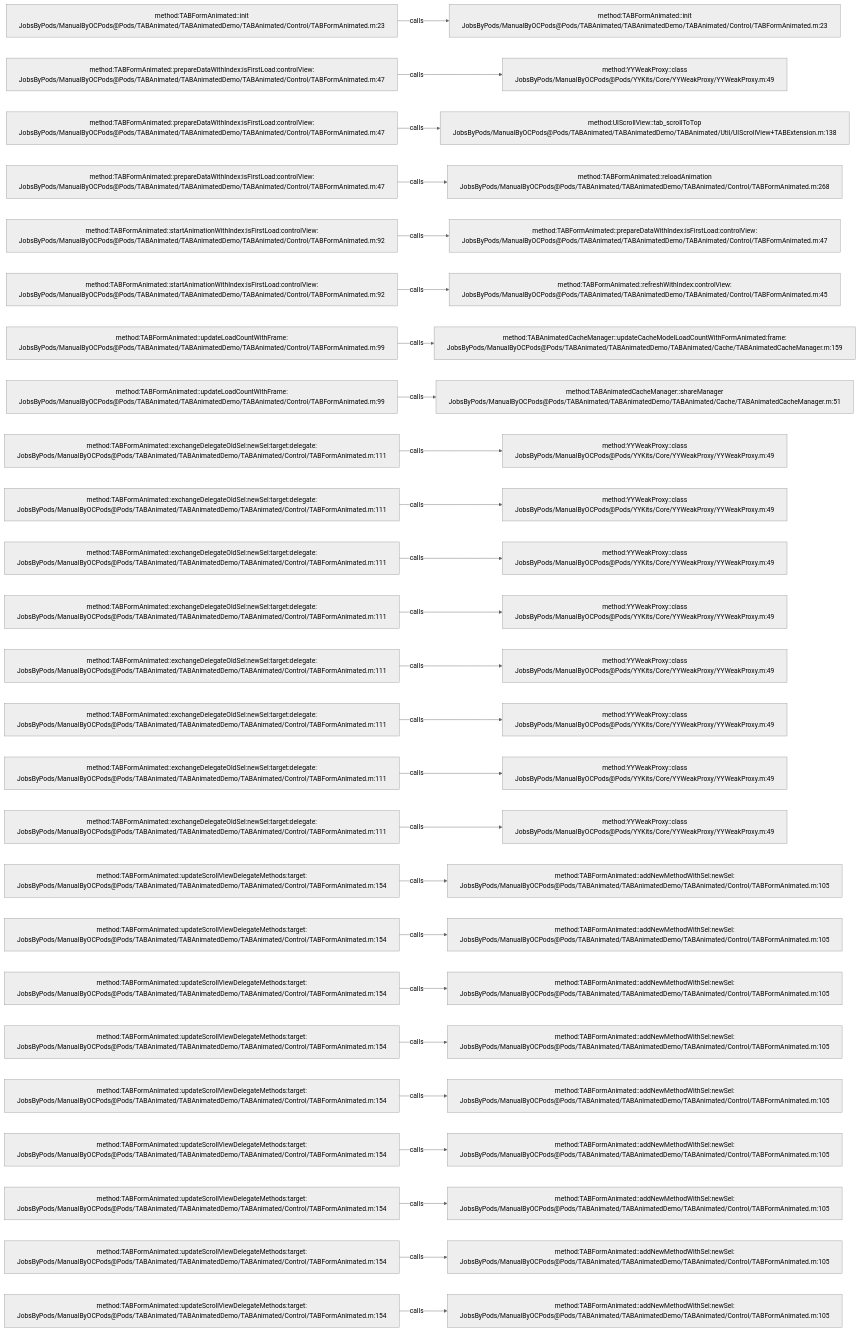
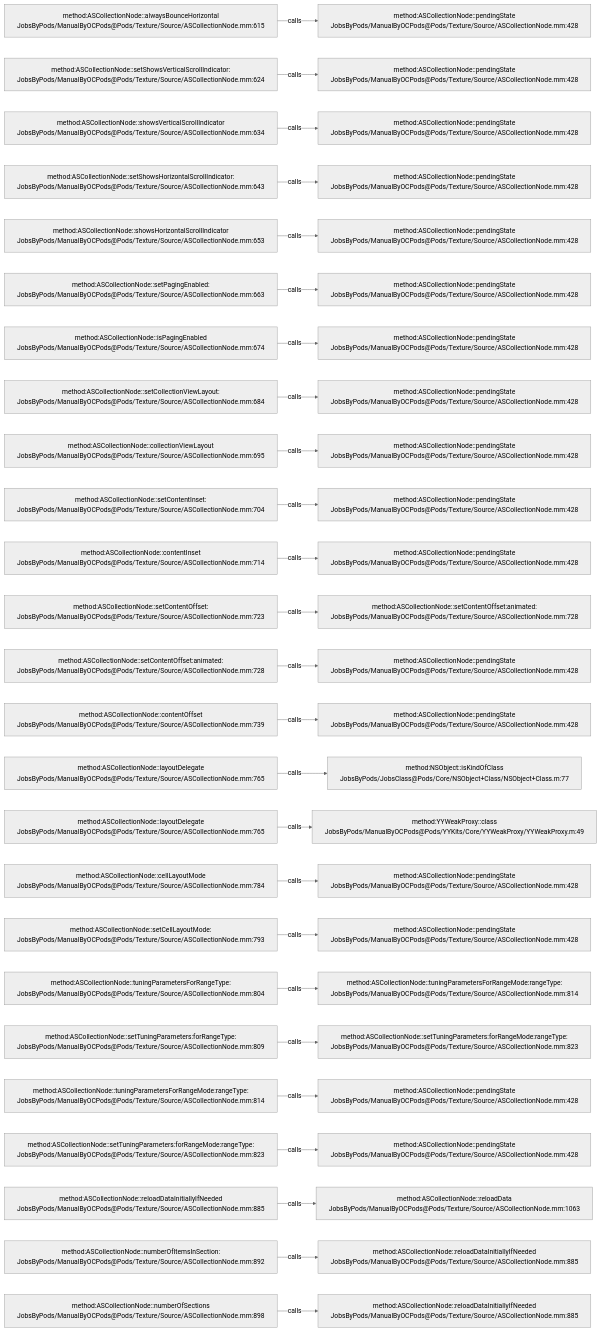
One commit to JobsKits/JobsOCBaseConfigDemo changed the diagram in .codegraph/codegraph.md/graphs/calls-187.md. Above: the diagram before and after it, drawn with Mermaid (neutral theme). The commit also changed 573 other files, not shown here.

````diff
--- a/.codegraph/codegraph.md/graphs/calls-187.md
+++ b/.codegraph/codegraph.md/graphs/calls-187.md
@@ -13,78 +13,78 @@
 ```mermaid
 flowchart LR
-  S1["method:TABFormAnimated::init<br/>JobsByPods/ManualByOCPods@Pods/TABAnimated/TABAnimatedDemo/TABAnimated/Control/TABFormAnimated.m:23"]
-  T1["method:TABFormAnimated::init<br/>JobsByPods/ManualByOCPods@Pods/TABAnimated/TABAnimatedDemo/TABAnimated/Control/TABFormAnimated.m:23"]
+  S1["method:ASCollectionNode::alwaysBounceHorizontal<br/>JobsByPods/ManualByOCPods@Pods/Texture/Source/ASCollectionNode.mm:615"]
+  T1["method:ASCollectionNode::pendingState<br/>JobsByPods/ManualByOCPods@Pods/Texture/Source/ASCollectionNode.mm:428"]
   S1 -->|calls| T1
-  S2["method:TABFormAnimated::prepareDataWithIndex:isFirstLoad:controlView:<br/>JobsByPods/ManualByOCPods@Pods/TABAnimated/TABAnimatedDemo/TABAnimated/Control/TABFormAnimated.m:47"]
-  T2["method:YYWeakProxy::class<br/>JobsByPods/ManualByOCPods@Pods/YYKits/Core/YYWeakProxy/YYWeakProxy.m:49"]
+  S2["method:ASCollectionNode::setShowsVerticalScrollIndicator:<br/>JobsByPods/ManualByOCPods@Pods/Texture/Source/ASCollectionNode.mm:624"]
+  T2["method:ASCollectionNode::pendingState<br/>JobsByPods/ManualByOCPods@Pods/Texture/Source/ASCollectionNode.mm:428"]
   S2 -->|calls| T2
-  S3["method:TABFormAnimated::prepareDataWithIndex:isFirstLoad:controlView:<br/>JobsByPods/ManualByOCPods@Pods/TABAnimated/TABAnimatedDemo/TABAnimated/Control/TABFormAnimated.m:47"]
-  T3["method:UIScrollView::tab_scrollToTop<br/>JobsByPods/ManualByOCPods@Pods/TABAnimated/TABAnimatedDemo/TABAnimated/Util/UIScrollView+TABExtension.m:138"]
+  S3["method:ASCollectionNode::showsVerticalScrollIndicator<br/>JobsByPods/ManualByOCPods@Pods/Texture/Source/ASCollectionNode.mm:634"]
+  T3["method:ASCollectionNode::pendingState<br/>JobsByPods/ManualByOCPods@Pods/Texture/Source/ASCollectionNode.mm:428"]
   S3 -->|calls| T3
-  S4["method:TABFormAnimated::prepareDataWithIndex:isFirstLoad:controlView:<br/>JobsByPods/ManualByOCPods@Pods/TABAnimated/TABAnimatedDemo/TABAnimated/Control/TABFormAnimated.m:47"]
-  T4["method:TABFormAnimated::reloadAnimation<br/>JobsByPods/ManualByOCPods@Pods/TABAnimated/TABAnimatedDemo/TABAnimated/Control/TABFormAnimated.m:268"]
+  S4["method:ASCollectionNode::setShowsHorizontalScrollIndicator:<br/>JobsByPods/ManualByOCPods@Pods/Texture/Source/ASCollectionNode.mm:643"]
+  T4["method:ASCollectionNode::pendingState<br/>JobsByPods/ManualByOCPods@Pods/Texture/Source/ASCollectionNode.mm:428"]
   S4 -->|calls| T4
-  S5["method:TABFormAnimated::startAnimationWithIndex:isFirstLoad:controlView:<br/>JobsByPods/ManualByOCPods@Pods/TABAnimated/TABAnimatedDemo/TABAnimated/Control/TABFormAnimated.m:92"]
-  T5["method:TABFormAnimated::prepareDataWithIndex:isFirstLoad:controlView:<br/>JobsByPods/ManualByOCPods@Pods/TABAnimated/TABAnimatedDemo/TABAnimated/Control/TABFormAnimated.m:47"]
+  S5["method:ASCollectionNode::showsHorizontalScrollIndicator<br/>JobsByPods/ManualByOCPods@Pods/Texture/Source/ASCollectionNode.mm:653"]
+  T5["method:ASCollectionNode::pendingState<br/>JobsByPods/ManualByOCPods@Pods/Texture/Source/ASCollectionNode.mm:428"]
   S5 -->|calls| T5
-  S6["method:TABFormAnimated::startAnimationWithIndex:isFirstLoad:controlView:<br/>JobsByPods/ManualByOCPods@Pods/TABAnimated/TABAnimatedDemo/TABAnimated/Control/TABFormAnimated.m:92"]
-  T6["method:TABFormAnimated::refreshWithIndex:controlView:<br/>JobsByPods/ManualByOCPods@Pods/TABAnimated/TABAnimatedDemo/TABAnimated/Control/TABFormAnimated.m:45"]
+  S6["method:ASCollectionNode::setPagingEnabled:<br/>JobsByPods/ManualByOCPods@Pods/Texture/Source/ASCollectionNode.mm:663"]
+  T6["method:ASCollectionNode::pendingState<br/>JobsByPods/ManualByOCPods@Pods/Texture/Source/ASCollectionNode.mm:428"]
   S6 -->|calls| T6
-  S7["method:TABFormAnimated::updateLoadCountWithFrame:<br/>JobsByPods/ManualByOCPods@Pods/TABAnimated/TABAnimatedDemo/TABAnimated/Control/TABFormAnimated.m:99"]
-  T7["method:TABAnimatedCacheManager::updateCacheModelLoadCountWithFormAnimated:frame:<br/>JobsByPods/ManualByOCPods@Pods/TABAnimated/TABAnimatedDemo/TABAnimated/Cache/TABAnimatedCacheManager.m:159"]
+  S7["method:ASCollectionNode::isPagingEnabled<br/>JobsByPods/ManualByOCPods@Pods/Texture/Source/ASCollectionNode.mm:674"]
+  T7["method:ASCollectionNode::pendingState<br/>JobsByPods/ManualByOCPods@Pods/Texture/Source/ASCollectionNode.mm:428"]
   S7 -->|calls| T7
-  S8["method:TABFormAnimated::updateLoadCountWithFrame:<br/>JobsByPods/ManualByOCPods@Pods/TABAnimated/TABAnimatedDemo/TABAnimated/Control/TABFormAnimated.m:99"]
-  T8["method:TABAnimatedCacheManager::shareManager<br/>JobsByPods/ManualByOCPods@Pods/TABAnimated/TABAnimatedDemo/TABAnimated/Cache/TABAnimatedCacheManager.m:51"]
+  S8["method:ASCollectionNode::setCollectionViewLayout:<br/>JobsByPods/ManualByOCPods@Pods/Texture/Source/ASCollectionNode.mm:684"]
+  T8["method:ASCollectionNode::pendingState<br/>JobsByPods/ManualByOCPods@Pods/Texture/Source/ASCollectionNode.mm:428"]
   S8 -->|calls| T8
-  S9["method:TABFormAnimated::exchangeDelegateOldSel:newSel:target:delegate:<br/>JobsByPods/ManualByOCPods@Pods/TABAnimated/TABAnimatedDemo/TABAnimated/Control/TABFormAnimated.m:111"]
-  T9["method:YYWeakProxy::class<br/>JobsByPods/ManualByOCPods@Pods/YYKits/Core/YYWeakProxy/YYWeakProxy.m:49"]
+  S9["method:ASCollectionNode::collectionViewLayout<br/>JobsByPods/ManualByOCPods@Pods/Texture/Source/ASCollectionNode.mm:695"]
+  T9["method:ASCollectionNode::pendingState<br/>JobsByPods/ManualByOCPods@Pods/Texture/Source/ASCollectionNode.mm:428"]
   S9 -->|calls| T9
-  S10["method:TABFormAnimated::exchangeDelegateOldSel:newSel:target:delegate:<br/>JobsByPods/ManualByOCPods@Pods/TABAnimated/TABAnimatedDemo/TABAnimated/Control/TABFormAnimated.m:111"]
-  T10["method:YYWeakProxy::class<br/>JobsByPods/ManualByOCPods@Pods/YYKits/Core/YYWeakProxy/YYWeakProxy.m:49"]
+  S10["method:ASCollectionNode::setContentInset:<br/>JobsByPods/ManualByOCPods@Pods/Texture/Source/ASCollectionNode.mm:704"]
+  T10["method:ASCollectionNode::pendingState<br/>JobsByPods/ManualByOCPods@Pods/Texture/Source/ASCollectionNode.mm:428"]
   S10 -->|calls| T10
-  S11["method:TABFormAnimated::exchangeDelegateOldSel:newSel:target:delegate:<br/>JobsByPods/ManualByOCPods@Pods/TABAnimated/TABAnimatedDemo/TABAnimated/Control/TABFormAnimated.m:111"]
-  T11["method:YYWeakProxy::class<br/>JobsByPods/ManualByOCPods@Pods/YYKits/Core/YYWeakProxy/YYWeakProxy.m:49"]
+  S11["method:ASCollectionNode::contentInset<br/>JobsByPods/ManualByOCPods@Pods/Texture/Source/ASCollectionNode.mm:714"]
+  T11["method:ASCollectionNode::pendingState<br/>JobsByPods/ManualByOCPods@Pods/Texture/Source/ASCollectionNode.mm:428"]
   S11 -->|calls| T11
-  S12["method:TABFormAnimated::exchangeDelegateOldSel:newSel:target:delegate:<br/>JobsByPods/ManualByOCPods@Pods/TABAnimated/TABAnimatedDemo/TABAnimated/Control/TABFormAnimated.m:111"]
-  T12["method:YYWeakProxy::class<br/>JobsByPods/ManualByOCPods@Pods/YYKits/Core/YYWeakProxy/YYWeakProxy.m:49"]
+  S12["method:ASCollectionNode::setContentOffset:<br/>JobsByPods/ManualByOCPods@Pods/Texture/Source/ASCollectionNode.mm:723"]
+  T12["method:ASCollectionNode::setContentOffset:animated:<br/>JobsByPods/ManualByOCPods@Pods/Texture/Source/ASCollectionNode.mm:728"]
   S12 -->|calls| T12
-  S13["method:TABFormAnimated::exchangeDelegateOldSel:newSel:target:delegate:<br/>JobsByPods/ManualByOCPods@Pods/TABAnimated/TABAnimatedDemo/TABAnimated/Control/TABFormAnimated.m:111"]
-  T13["method:YYWeakProxy::class<br/>JobsByPods/ManualByOCPods@Pods/YYKits/Core/YYWeakProxy/YYWeakProxy.m:49"]
+  S13["method:ASCollectionNode::setContentOffset:animated:<br/>JobsByPods/ManualByOCPods@Pods/Texture/Source/ASCollectionNode.mm:728"]
+  T13["method:ASCollectionNode::pendingState<br/>JobsByPods/ManualByOCPods@Pods/Texture/Source/ASCollectionNode.mm:428"]
   S13 -->|calls| T13
-  S14["method:TABFormAnimated::exchangeDelegateOldSel:newSel:target:delegate:<br/>JobsByPods/ManualByOCPods@Pods/TABAnimated/TABAnimatedDemo/TABAnimated/Control/TABFormAnimated.m:111"]
-  T14["method:YYWeakProxy::class<br/>JobsByPods/ManualByOCPods@Pods/YYKits/Core/YYWeakProxy/YYWeakProxy.m:49"]
+  S14["method:ASCollectionNode::contentOffset<br/>JobsByPods/ManualByOCPods@Pods/Texture/Source/ASCollectionNode.mm:739"]
+  T14["method:ASCollectionNode::pendingState<br/>JobsByPods/ManualByOCPods@Pods/Texture/Source/ASCollectionNode.mm:428"]
   S14 -->|calls| T14
-  S15["method:TABFormAnimated::exchangeDelegateOldSel:newSel:target:delegate:<br/>JobsByPods/ManualByOCPods@Pods/TABAnimated/TABAnimatedDemo/TABAnimated/Control/TABFormAnimated.m:111"]
-  T15["method:YYWeakProxy::class<br/>JobsByPods/ManualByOCPods@Pods/YYKits/Core/YYWeakProxy/YYWeakProxy.m:49"]
+  S15["method:ASCollectionNode::layoutDelegate<br/>JobsByPods/ManualByOCPods@Pods/Texture/Source/ASCollectionNode.mm:765"]
+  T15["method:NSObject::isKindOfClass<br/>JobsByPods/JobsClass@Pods/Core/NSObject+Class/NSObject+Class.m:77"]
   S15 -->|calls| T15
-  S16["method:TABFormAnimated::exchangeDelegateOldSel:newSel:target:delegate:<br/>JobsByPods/ManualByOCPods@Pods/TABAnimated/TABAnimatedDemo/TABAnimated/Control/TABFormAnimated.m:111"]
+  S16["method:ASCollectionNode::layoutDelegate<br/>JobsByPods/ManualByOCPods@Pods/Texture/Source/ASCollectionNode.mm:765"]
   T16["method:YYWeakProxy::class<br/>JobsByPods/ManualByOCPods@Pods/YYKits/Core/YYWeakProxy/YYWeakProxy.m:49"]
   S16 -->|calls| T16
-  S17["method:TABFormAnimated::updateScrollViewDelegateMethods:target:<br/>JobsByPods/ManualByOCPods@Pods/TABAnimated/TABAnimatedDemo/TABAnimated/Control/TABFormAnimated.m:154"]
-  T17["method:TABFormAnimated::addNewMethodWithSel:newSel:<br/>JobsByPods/ManualByOCPods@Pods/TABAnimated/TABAnimatedDemo/TABAnimated/Control/TABFormAnimated.m:105"]
+  S17["method:ASCollectionNode::cellLayoutMode<br/>JobsByPods/ManualByOCPods@Pods/Texture/Source/ASCollectionNode.mm:784"]
+  T17["method:ASCollectionNode::pendingState<br/>JobsByPods/ManualByOCPods@Pods/Texture/Source/ASCollectionNode.mm:428"]
   S17 -->|calls| T17
-  S18["method:TABFormAnimated::updateScrollViewDelegateMethods:target:<br/>JobsByPods/ManualByOCPods@Pods/TABAnimated/TABAnimatedDemo/TABAnimated/Control/TABFormAnimated.m:154"]
-  T18["method:TABFormAnimated::addNewMethodWithSel:newSel:<br/>JobsByPods/ManualByOCPods@Pods/TABAnimated/TABAnimatedDemo/TABAnimated/Control/TABFormAnimated.m:105"]
+  S18["method:ASCollectionNode::setCellLayoutMode:<br/>JobsByPods/ManualByOCPods@Pods/Texture/Source/ASCollectionNode.mm:793"]
+  T18["method:ASCollectionNode::pendingState<br/>JobsByPods/ManualByOCPods@Pods/Texture/Source/ASCollectionNode.mm:428"]
   S18 -->|calls| T18
-  S19["method:TABFormAnimated::updateScrollViewDelegateMethods:target:<br/>JobsByPods/ManualByOCPods@Pods/TABAnimated/TABAnimatedDemo/TABAnimated/Control/TABFormAnimated.m:154"]
-  T19["method:TABFormAnimated::addNewMethodWithSel:newSel:<br/>JobsByPods/ManualByOCPods@Pods/TABAnimated/TABAnimatedDemo/TABAnimated/Control/TABFormAnimated.m:105"]
+  S19["method:ASCollectionNode::tuningParametersForRangeType:<br/>JobsByPods/ManualByOCPods@Pods/Texture/Source/ASCollectionNode.mm:804"]
+  T19["method:ASCollectionNode::tuningParametersForRangeMode:rangeType:<br/>JobsByPods/ManualByOCPods@Pods/Texture/Source/ASCollectionNode.mm:814"]
   S19 -->|calls| T19
-  S20["method:TABFormAnimated::updateScrollViewDelegateMethods:target:<br/>JobsByPods/ManualByOCPods@Pods/TABAnimated/TABAnimatedDemo/TABAnimated/Control/TABFormAnimated.m:154"]
-  T20["method:TABFormAnimated::addNewMethodWithSel:newSel:<br/>JobsByPods/ManualByOCPods@Pods/TABAnimated/TABAnimatedDemo/TABAnimated/Control/TABFormAnimated.m:105"]
+  S20["method:ASCollectionNode::setTuningParameters:forRangeType:<br/>JobsByPods/ManualByOCPods@Pods/Texture/Source/ASCollectionNode.mm:809"]
+  T20["method:ASCollectionNode::setTuningParameters:forRangeMode:rangeType:<br/>JobsByPods/ManualByOCPods@Pods/Texture/Source/ASCollectionNode.mm:823"]
   S20 -->|calls| T20
-  S21["method:TABFormAnimated::updateScrollViewDelegateMethods:target:<br/>JobsByPods/ManualByOCPods@Pods/TABAnimated/TABAnimatedDemo/TABAnimated/Control/TABFormAnimated.m:154"]
-  T21["method:TABFormAnimated::addNewMethodWithSel:newSel:<br/>JobsByPods/ManualByOCPods@Pods/TABAnimated/TABAnimatedDemo/TABAnimated/Control/TABFormAnimated.m:105"]
+  S21["method:ASCollectionNode::tuningParametersForRangeMode:rangeType:<br/>JobsByPods/ManualByOCPods@Pods/Texture/Source/ASCollectionNode.mm:814"]
+  T21["method:ASCollectionNode::pendingState<br/>JobsByPods/ManualByOCPods@Pods/Texture/Source/ASCollectionNode.mm:428"]
   S21 -->|calls| T21
-  S22["method:TABFormAnimated::updateScrollViewDelegateMethods:target:<br/>JobsByPods/ManualByOCPods@Pods/TABAnimated/TABAnimatedDemo/TABAnimated/Control/TABFormAnimated.m:154"]
-  T22["method:TABFormAnimated::addNewMethodWithSel:newSel:<br/>JobsByPods/ManualByOCPods@Pods/TABAnimated/TABAnimatedDemo/TABAnimated/Control/TABFormAnimated.m:105"]
+  S22["method:ASCollectionNode::setTuningParameters:forRangeMode:rangeType:<br/>JobsByPods/ManualByOCPods@Pods/Texture/Source/ASCollectionNode.mm:823"]
+  T22["method:ASCollectionNode::pendingState<br/>JobsByPods/ManualByOCPods@Pods/Texture/Source/ASCollectionNode.mm:428"]
   S22 -->|calls| T22
-  S23["method:TABFormAnimated::updateScrollViewDelegateMethods:target:<br/>JobsByPods/ManualByOCPods@Pods/TABAnimated/TABAnimatedDemo/TABAnimated/Control/TABFormAnimated.m:154"]
-  T23["method:TABFormAnimated::addNewMethodWithSel:newSel:<br/>JobsByPods/ManualByOCPods@Pods/TABAnimated/TABAnimatedDemo/TABAnimated/Control/TABFormAnimated.m:105"]
+  S23["method:ASCollectionNode::reloadDataInitiallyIfNeeded<br/>JobsByPods/ManualByOCPods@Pods/Texture/Source/ASCollectionNode.mm:885"]
+  T23["method:ASCollectionNode::reloadData<br/>JobsByPods/ManualByOCPods@Pods/Texture/Source/ASCollectionNode.mm:1063"]
   S23 -->|calls| T23
-  S24["method:TABFormAnimated::updateScrollViewDelegateMethods:target:<br/>JobsByPods/ManualByOCPods@Pods/TABAnimated/TABAnimatedDemo/TABAnimated/Control/TABFormAnimated.m:154"]
-  T24["method:TABFormAnimated::addNewMethodWithSel:newSel:<br/>JobsByPods/ManualByOCPods@Pods/TABAnimated/TABAnimatedDemo/TABAnimated/Control/TABFormAnimated.m:105"]
+  S24["method:ASCollectionNode::numberOfItemsInSection:<br/>JobsByPods/ManualByOCPods@Pods/Texture/Source/ASCollectionNode.mm:892"]
+  T24["method:ASCollectionNode::reloadDataInitiallyIfNeeded<br/>JobsByPods/ManualByOCPods@Pods/Texture/Source/ASCollectionNode.mm:885"]
   S24 -->|calls| T24
-  S25["method:TABFormAnimated::updateScrollViewDelegateMethods:target:<br/>JobsByPods/ManualByOCPods@Pods/TABAnimated/TABAnimatedDemo/TABAnimated/Control/TABFormAnimated.m:154"]
-  T25["method:TABFormAnimated::addNewMethodWithSel:newSel:<br/>JobsByPods/ManualByOCPods@Pods/TABAnimated/TABAnimatedDemo/TABAnimated/Control/TABFormAnimated.m:105"]
+  S25["method:ASCollectionNode::numberOfSections<br/>JobsByPods/ManualByOCPods@Pods/Texture/Source/ASCollectionNode.mm:898"]
+  T25["method:ASCollectionNode::reloadDataInitiallyIfNeeded<br/>JobsByPods/ManualByOCPods@Pods/Texture/Source/ASCollectionNode.mm:885"]
   S25 -->|calls| T25
 ```
````
